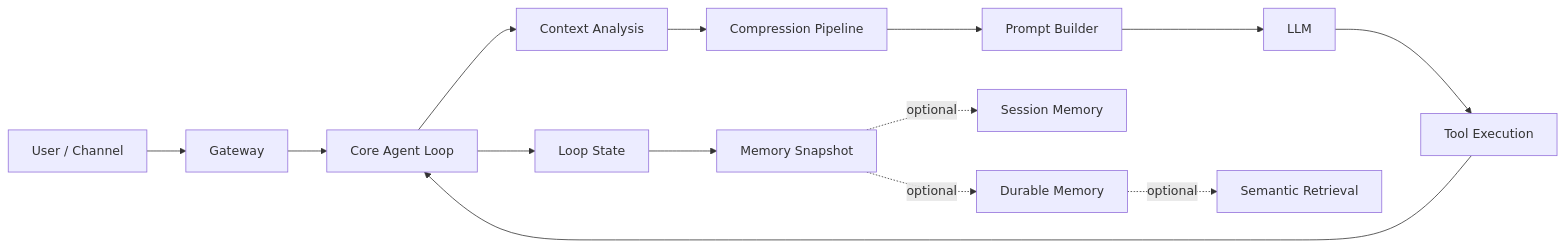
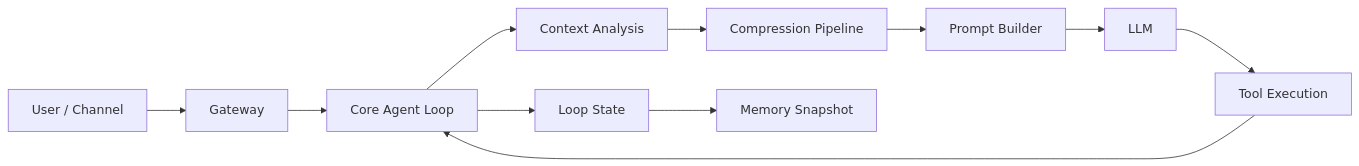
One commit to openeuler-mirror/xiaoO changed the diagram in docs/memory_context_system.md. Above: the diagram before and after it, drawn with Mermaid. The commit also changed other lines of this file and 31 other files, not shown here.

````diff
--- a/docs/memory_context_system.md
+++ b/docs/memory_context_system.md
@@ -40,16 +30,13 @@
 ```mermaid
 flowchart LR
     U["User / Channel"] --> G["Gateway"]
     G --> L["Core Agent Loop"]
     L --> A["Context Analysis"]
     A --> C["Compression Pipeline"]
     C --> P["Prompt Builder"]
     P --> M["LLM"]
     M --> T["Tool Execution"]
     T --> L
     L --> S["Loop State"]
     S --> MS["Memory Snapshot"]
-    MS -. optional .-> SM["Session Memory"]
-    MS -. optional .-> DM["Durable Memory"]
-    DM -. optional .-> SR["Semantic Retrieval"]
 ```
````
